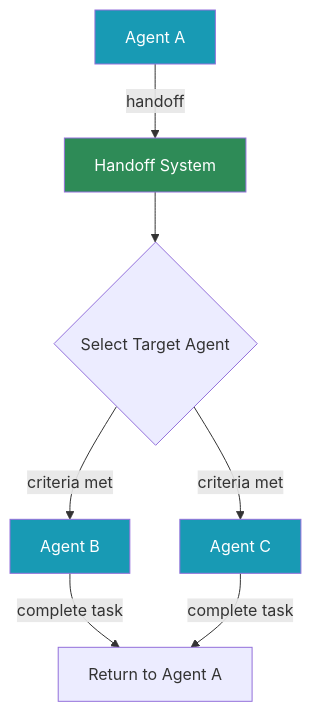
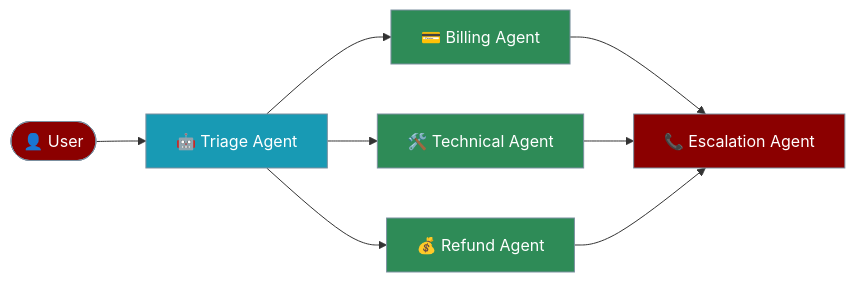
One commit to MervinPraison/PraisonAIDocs changed the diagram in docs/concepts/handoffs.mdx. Above: the diagram before and after it, drawn with Mermaid. The commit also changed other lines of this file and 2 other files, not shown here.

````diff
--- a/docs/concepts/handoffs.mdx
+++ b/docs/concepts/handoffs.mdx
@@ -8,14 +12,19 @@
 ```mermaid
-graph TD
-    A[Agent A] -->|handoff| B[Handoff System]
-    B --> C{Select Target Agent}
-    C -->|criteria met| D[Agent B]
-    C -->|criteria met| E[Agent C]
-    D -->|complete task| F[Return to Agent A]
-    E -->|complete task| F
-    
-    style A fill:#189AB4,color:#fff
-    style D fill:#189AB4,color:#fff
-    style E fill:#189AB4,color:#fff
-    style B fill:#2E8B57,color:#fff
+graph LR
+    User([👤 User]) --> TriageAgent[🤖 Triage Agent]
+    TriageAgent --> BillingAgent[💳 Billing Agent]
+    TriageAgent --> TechAgent[🛠️ Technical Agent]
+    TriageAgent --> RefundAgent[💰 Refund Agent]
+    BillingAgent --> EscalationAgent[📞 Escalation Agent]
+    TechAgent --> EscalationAgent
+    RefundAgent --> EscalationAgent
+
+    classDef input fill:#8B0000,stroke:#7C90A0,color:#fff
+    classDef process fill:#189AB4,stroke:#7C90A0,color:#fff
+    classDef specialist fill:#2E8B57,stroke:#7C90A0,color:#fff
+
+    class User input
+    class TriageAgent process
+    class BillingAgent,TechAgent,RefundAgent specialist
+    class EscalationAgent input
 ```
````
